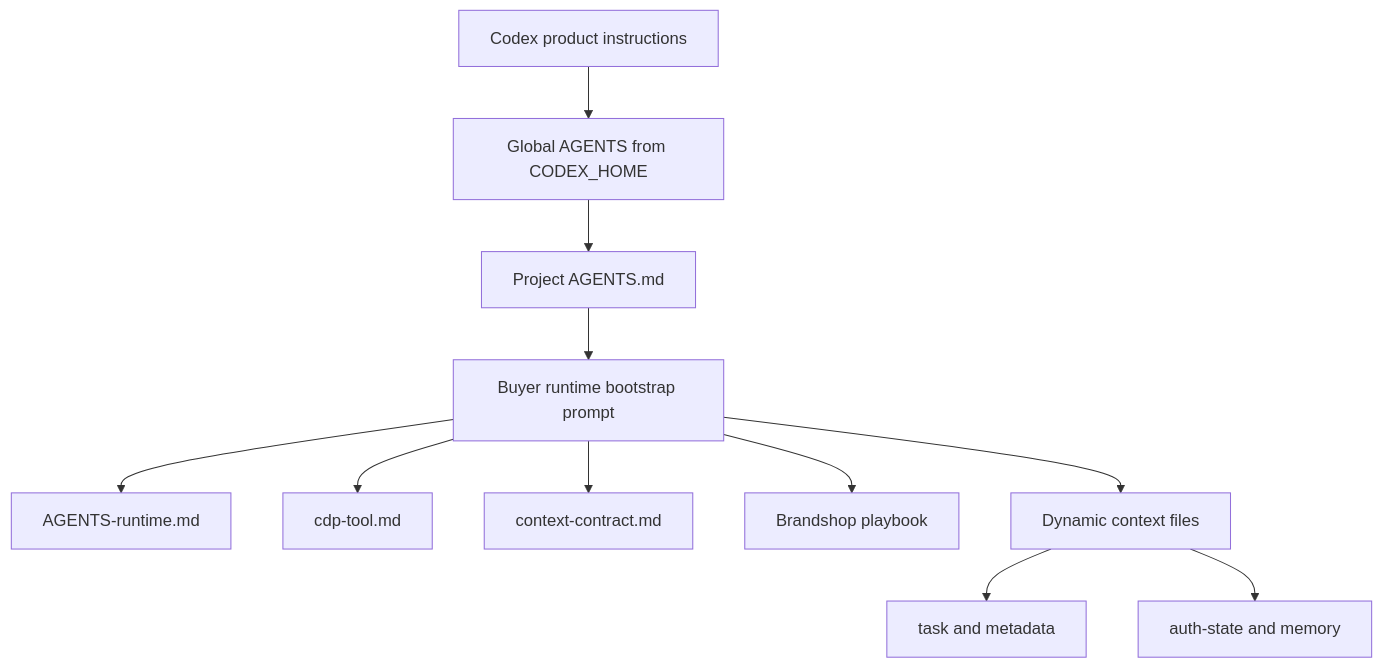
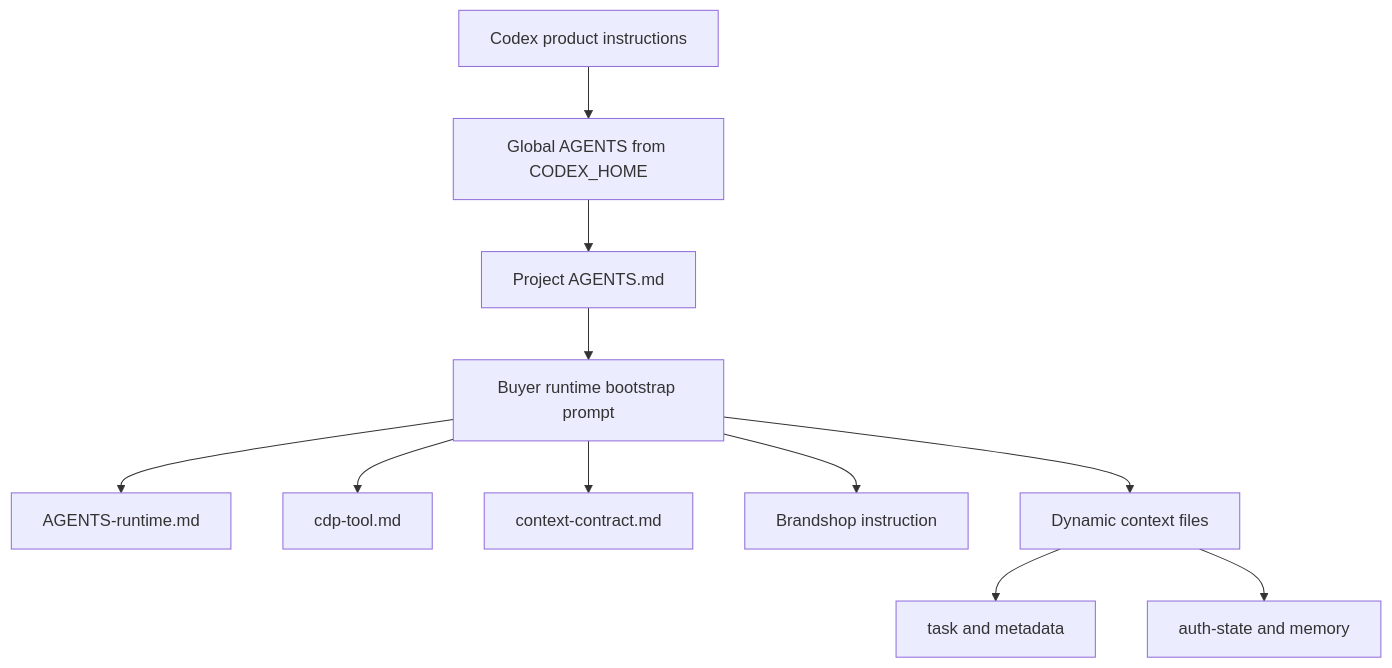
Before and after one commit to nvprotas/codex-browser: the second of 2 diagrams in docs/brandshop-agent-log-analysis-2026-05-01.md, drawn with Mermaid. The commit also changed other lines of this file and 14 other files, not shown here.

````diff
--- a/docs/brandshop-agent-log-analysis-2026-05-01.md
+++ b/docs/brandshop-agent-log-analysis-2026-05-01.md
@@ -340,13 +340,13 @@
 ```mermaid
 flowchart TD
   A[Codex product instructions] --> B[Global AGENTS from CODEX_HOME]
   B --> C[Project AGENTS.md]
   C --> D[Buyer runtime bootstrap prompt]
   D --> E[AGENTS-runtime.md]
   D --> F[cdp-tool.md]
   D --> G[context-contract.md]
-  D --> H[Brandshop playbook]
+  D --> H[Brandshop instruction]
   D --> I[Dynamic context files]
   I --> J[task and metadata]
   I --> K[auth-state and memory]
 ```
````
